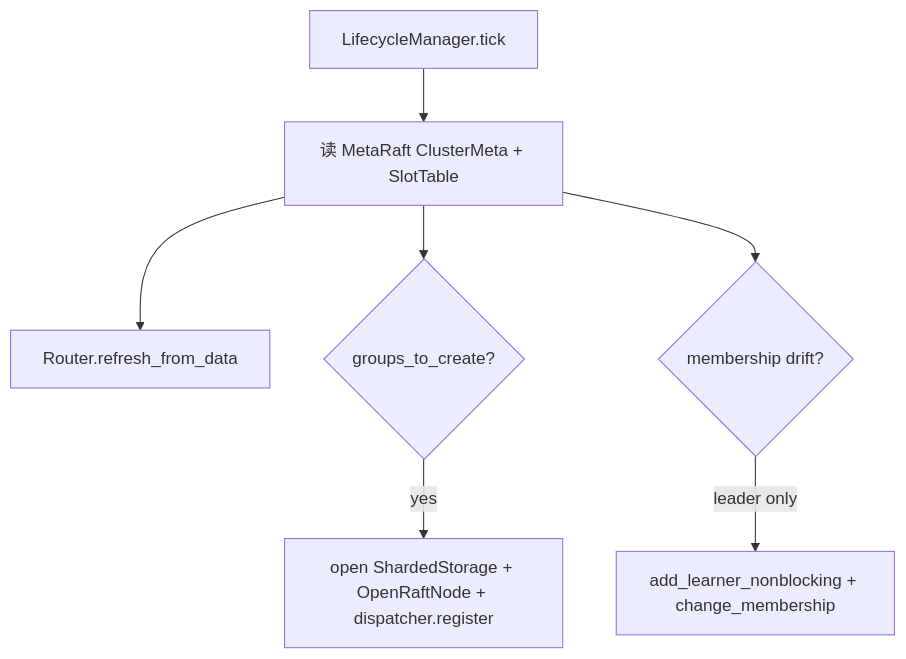
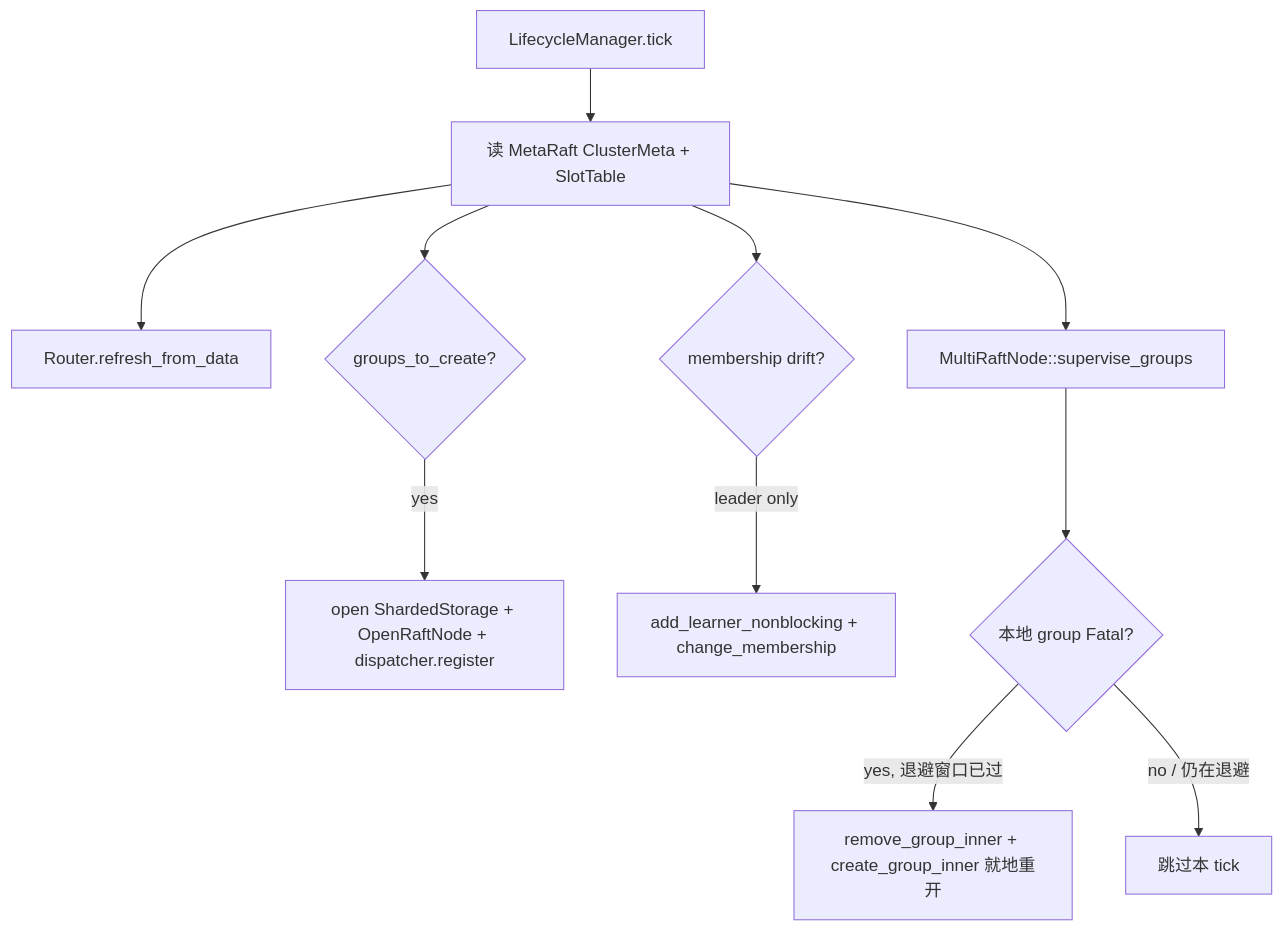
One commit to Genuineh/AiDb changed the fourth of 4 diagrams in docs/modules/cluster.md. Above: the diagram before and after it, drawn with Mermaid. The commit also changed other lines of this file and 17 other files, not shown here.

````diff
--- a/docs/modules/cluster.md
+++ b/docs/modules/cluster.md
@@ -133,9 +134,13 @@
 ```mermaid
 flowchart TD
   T[LifecycleManager.tick] --> M[读 MetaRaft ClusterMeta + SlotTable]
   M --> R[Router.refresh_from_data]
   M --> C{groups_to_create?}
   C -->|yes| O[open ShardedStorage + OpenRaftNode + dispatcher.register]
   M --> D{membership drift?}
   D -->|leader only| A[add_learner_nonblocking + change_membership]
+  M --> H[MultiRaftNode::supervise_groups]
+  H --> F{本地 group Fatal?}
+  F -->|yes, 退避窗口已过| RS[remove_group_inner + create_group_inner 就地重开]
+  F -->|no / 仍在退避| SKIP[跳过本 tick]
 ```
````
